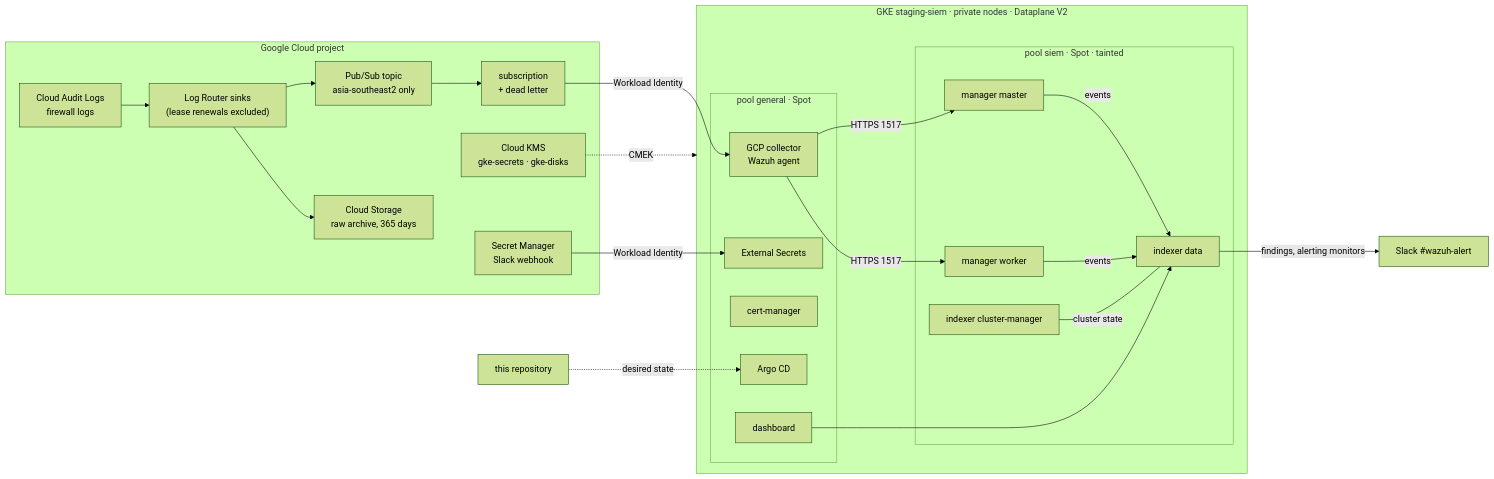
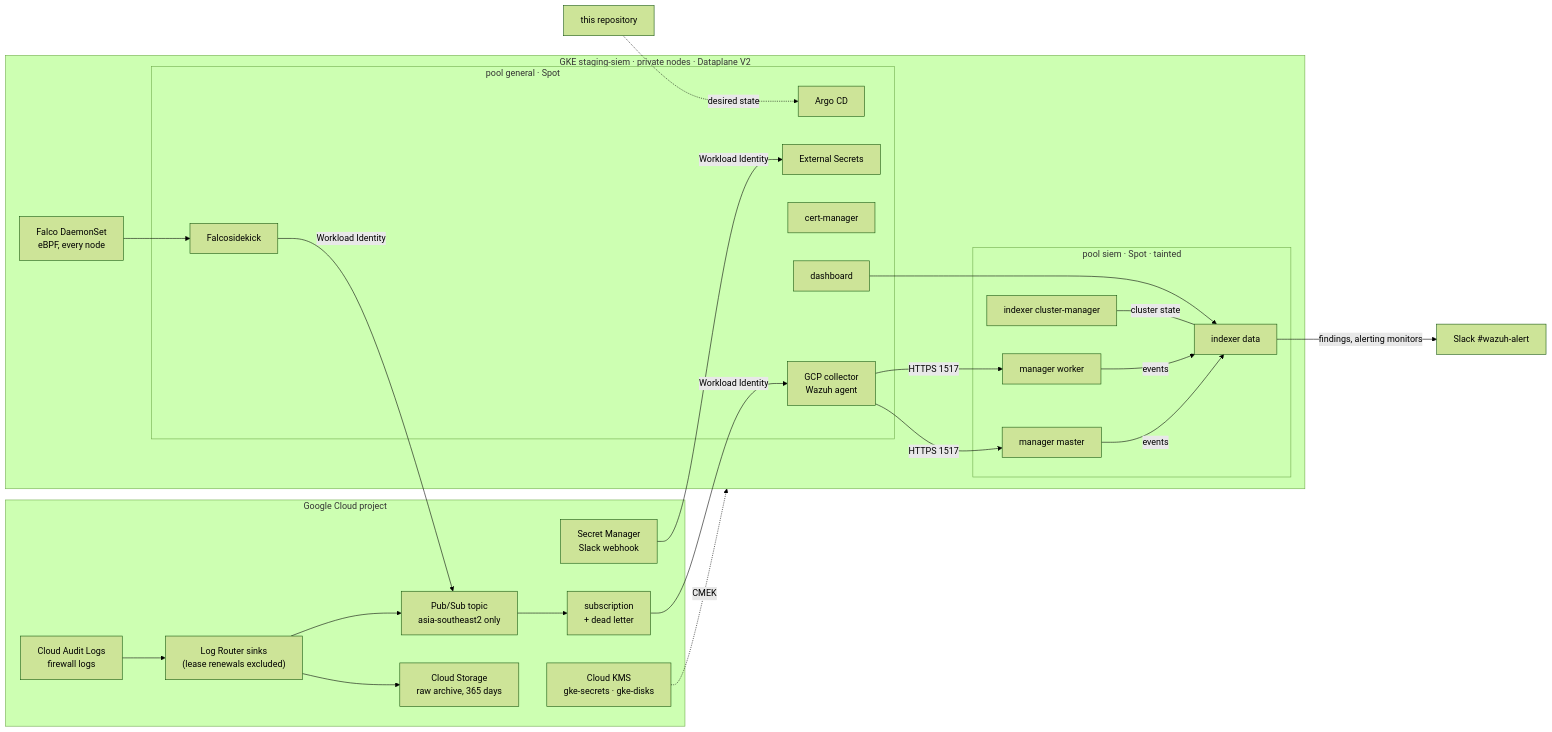
Before and after one commit to alice101-dev/wazuh-siem-gitops: the diagram in README.md, drawn with Mermaid (forest theme). The commit also changed other lines of this file and 21 other files, not shown here.

Commit message:
Falco runtime security: eBPF DaemonSet with Falcosidekick publishing to the SIEM Pub/Sub topic through Workload Identity, a falco content pack with a custom-space decoder, rules by priority and a detector, Falco lines in Slack and Falco panels on the dashboard

````diff
--- a/README.md
+++ b/README.md
@@ -21,42 +21,45 @@
 ```mermaid
 flowchart LR
   subgraph gcp["Google Cloud project"]
     audit["Cloud Audit Logs<br/>firewall logs"]
     sink["Log Router sinks<br/>(lease renewals excluded)"]
     topic["Pub/Sub topic<br/>asia-southeast2 only"]
     sub["subscription<br/>+ dead letter"]
     archive["Cloud Storage<br/>raw archive, 365 days"]
     kms["Cloud KMS<br/>gke-secrets · gke-disks"]
     sm["Secret Manager<br/>Slack webhook"]
     audit --> sink --> topic --> sub
     sink --> archive
   end
 
   subgraph gke["GKE staging-siem · private nodes · Dataplane V2"]
+    falco["Falco DaemonSet<br/>eBPF, every node"]
     subgraph general["pool general · Spot"]
       argo["Argo CD"]
       eso["External Secrets"]
       cm["cert-manager"]
       collector["GCP collector<br/>Wazuh agent"]
+      sidekick["Falcosidekick"]
       dash["dashboard"]
     end
     subgraph siem["pool siem · Spot · tainted"]
       master["manager master"]
       workers["manager worker"]
       icm["indexer cluster-manager"]
       idata["indexer data"]
     end
   end
 
   slack["Slack #wazuh-alert"]
 
   sub -->|Workload Identity| collector
+  falco --> sidekick -->|Workload Identity| topic
   collector -->|HTTPS 1517| master & workers
   master & workers -->|events| idata
   icm ---|cluster state| idata
   idata -->|"findings, alerting monitors"| slack
   dash --> idata
   sm -->|Workload Identity| eso
   kms -.->|CMEK| gke
   repo["this repository"] -.->|desired state| argo
 ```
````
